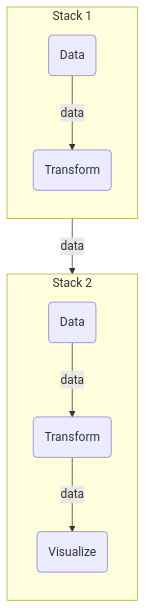
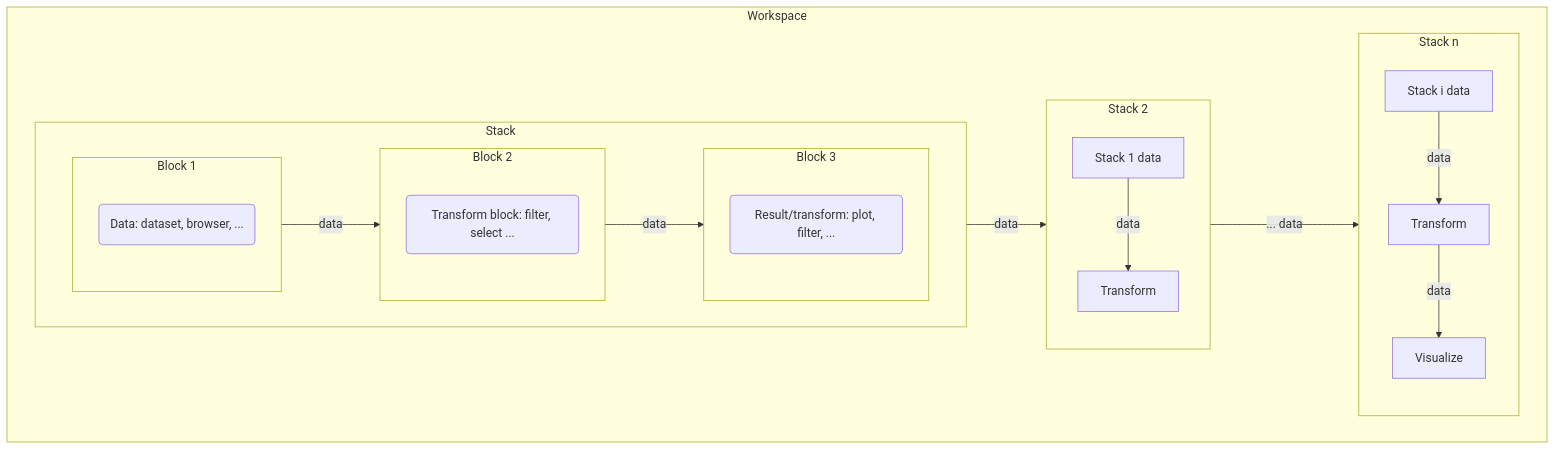
Before and after one commit to BristolMyersSquibb/blockr.workshop: the third of 3 diagrams in slides/1-blockr-user/blockr-user.qmd, drawn with Mermaid. The commit also changed other lines of this file and 4 other files, not shown here.

````diff
--- a/slides/1-blockr-user/blockr-user.qmd
+++ b/slides/1-blockr-user/blockr-user.qmd
@@ -352,18 +442,27 @@
 ```{mermaid}
 %%| mermaid-format: svg
 flowchart TD
-  subgraph s1[Stack 1]
-    direction TB
-    input_s1(Data)
-    transform_s1(Transform)
-    input_s1 --> |data| transform_s1
-  end
-  transform_s1 --> |data| input_s2
-  subgraph s2[Stack 2]
-    direction TB
-    input_s2(Data)
-    transform_s2(Transform)
-    output_s2(Visualize)
-    input_s2 --> |data| transform_s2 --> |data| output_s2
+  subgraph LR workspace[Workspace]
+    subgraph stack1[Stack]
+      direction LR
+      subgraph input_block[Block 1]
+        input(Data: dataset, browser, ...)
+      end
+      subgraph transform_block[Block 2]
+        transform(Transform block: filter, select ...)
+      end
+      subgraph output_block[Block 3]
+        output(Result/transform: plot, filter, ...)
+      end
+      input_block --> |data| transform_block --> |data| output_block
+    end
+    subgraph stack2[Stack 2]
+      stack1_data[Stack 1 data] --> |data| transform2[Transform]
+    end
+    stack1 --> |data| stack2
+    subgraph stackn[Stack n]
+      stacki_data[Stack i data] --> |data| transformn[Transform] --> |data| Visualize
+    end
+    stack2 ---> |... data| stackn
   end
 ```
````
